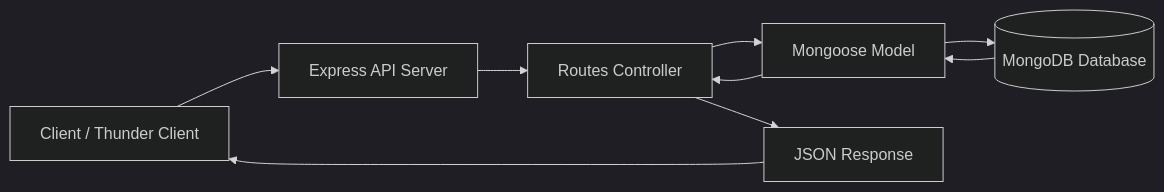
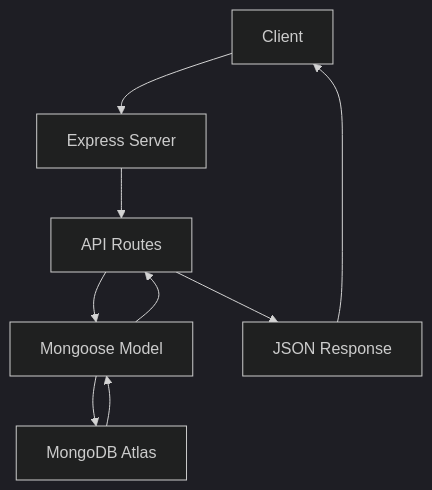
One commit to rpratts1/express-user-api changed the diagram in README.md. Above: the diagram before and after it, drawn with Mermaid (dark theme). The commit also changed other lines of this file, not shown here.

Commit message:
Update README flowchart for MongoDB

````diff
--- a/README.md
+++ b/README.md
@@ -105,11 +108,11 @@
 ```mermaid
-flowchart LR
-    A[Client / Thunder Client] --> B[Express API Server]
-    B --> C[Routes Controller]
+flowchart TD
+    A[Client] --> B[Express Server]
+    B --> C[API Routes]
     C --> D[Mongoose Model]
-    D --> E[(MongoDB Database)]
+    D --> E[MongoDB Atlas]
     E --> D
     D --> C
     C --> F[JSON Response]
     F --> A
 ```
````
